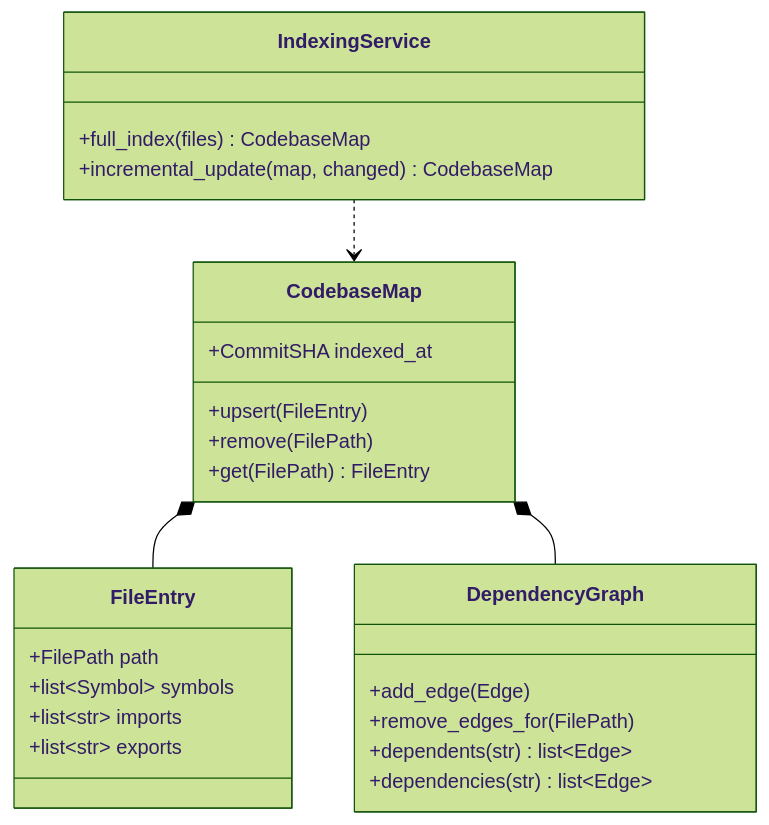
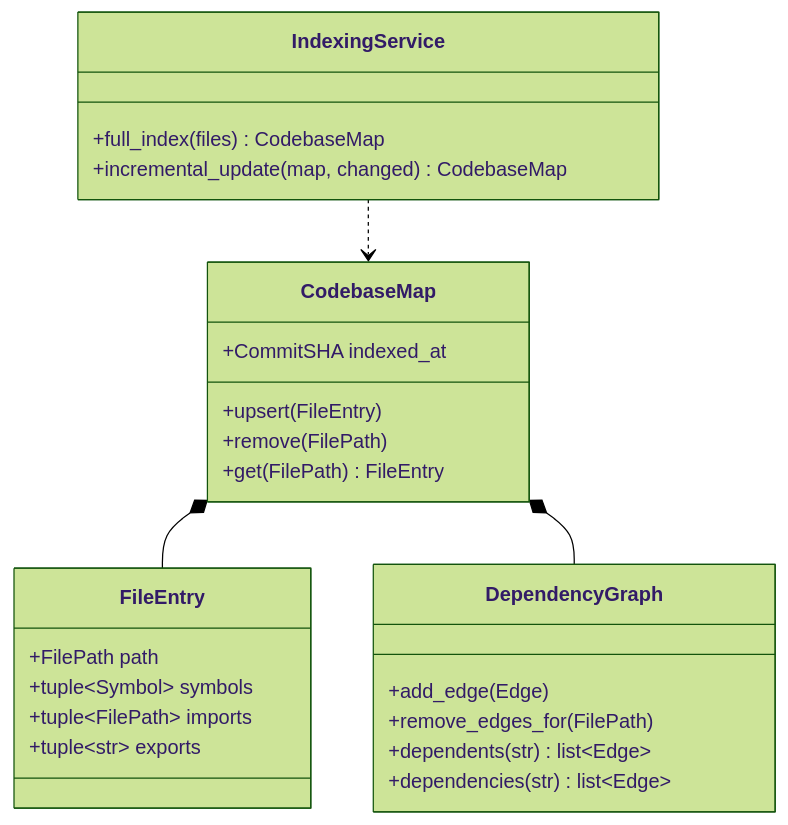
Before and after one commit to sudzxd/argus: the second of 6 diagrams in docs/architecture.md, drawn with Mermaid (forest theme). The commit also changed other lines of this file and 5 other files, not shown here.

````diff
--- a/docs/architecture.md
+++ b/docs/architecture.md
@@ -35,29 +35,29 @@
 ```mermaid
 classDiagram
     class CodebaseMap {
         +CommitSHA indexed_at
         +upsert(FileEntry)
         +remove(FilePath)
         +get(FilePath) FileEntry
     }
     class FileEntry {
         +FilePath path
-        +list~Symbol~ symbols
-        +list~str~ imports
-        +list~str~ exports
+        +tuple~Symbol~ symbols
+        +tuple~FilePath~ imports
+        +tuple~str~ exports
     }
     class DependencyGraph {
         +add_edge(Edge)
         +remove_edges_for(FilePath)
         +dependents(str) list~Edge~
         +dependencies(str) list~Edge~
     }
     class IndexingService {
         +full_index(files) CodebaseMap
         +incremental_update(map, changed) CodebaseMap
     }
 
     CodebaseMap *-- FileEntry
     CodebaseMap *-- DependencyGraph
     IndexingService ..> CodebaseMap
 ```
````
